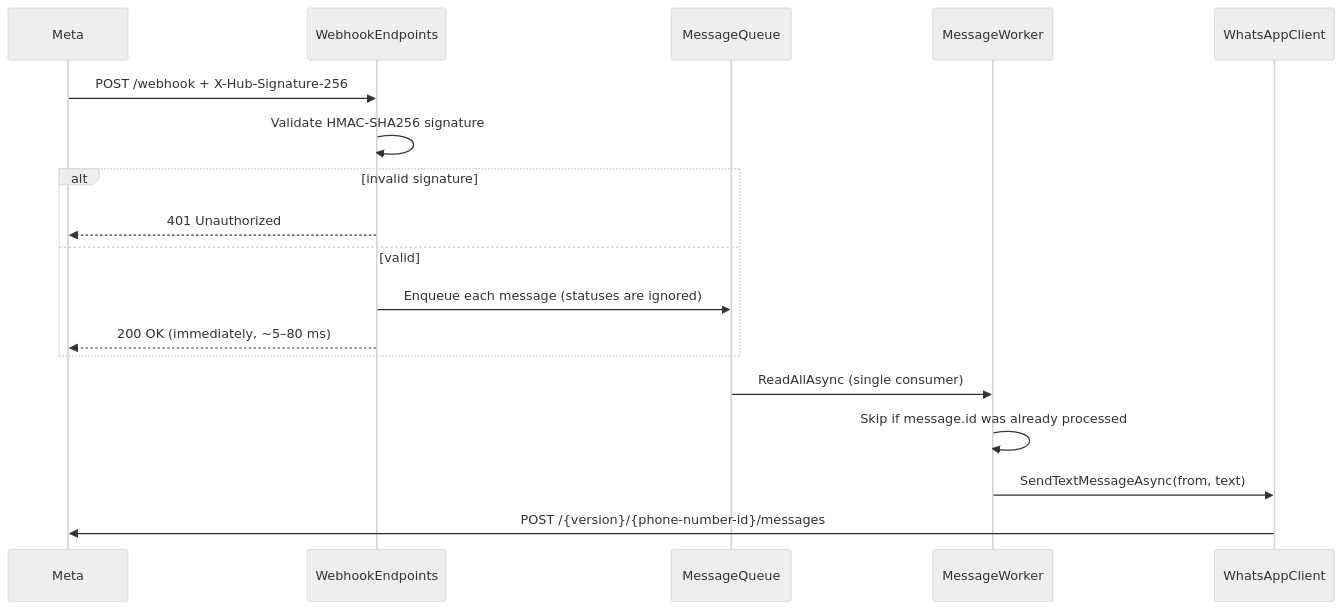
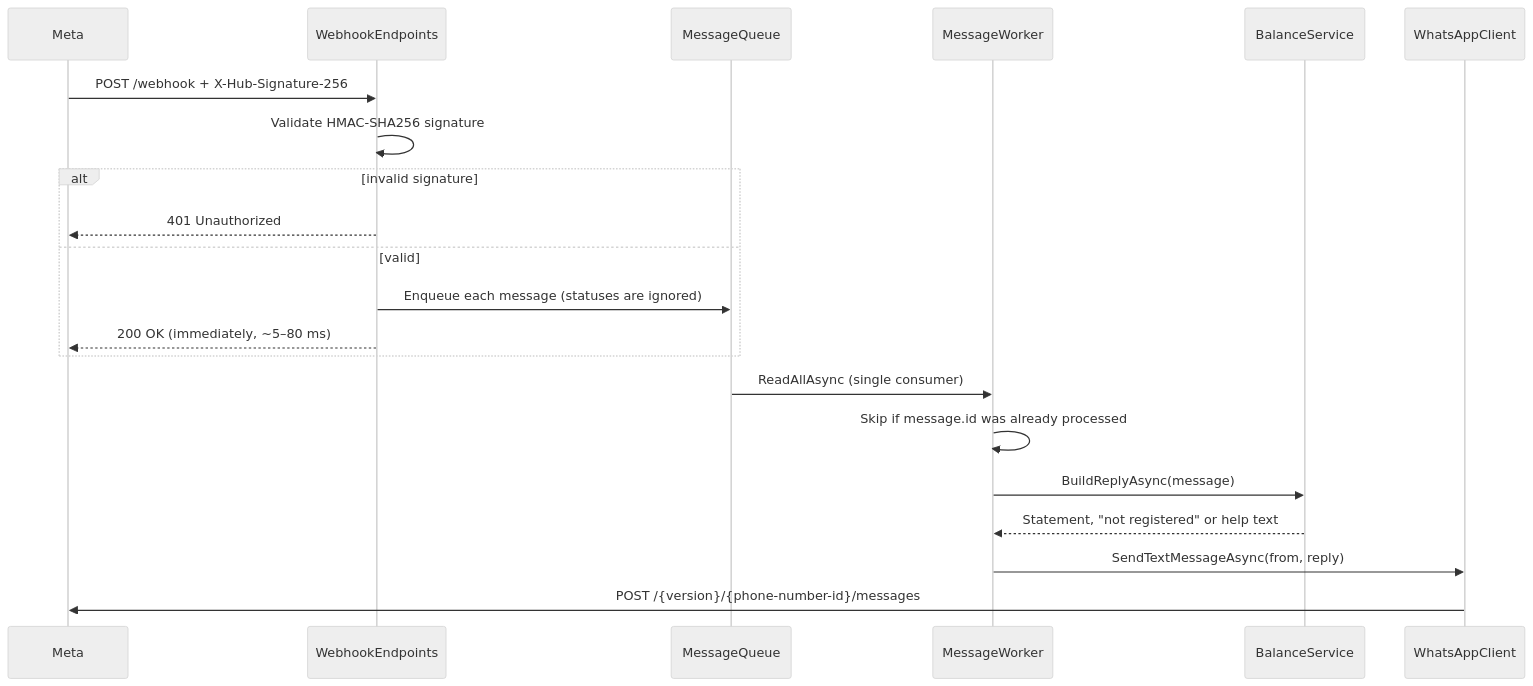
Before and after one commit to juancitowillyr46/academy-whatsapp-bot: the second of 2 diagrams in docs/architecture.md, drawn with Mermaid (neutral theme). The commit also changed other lines of this file and 17 other files, not shown here.

First line of the commit message:
Reply with the guardian's balance statement

````diff
--- a/docs/architecture.md
+++ b/docs/architecture.md
@@ -26,21 +29,24 @@
 ```mermaid
 sequenceDiagram
     participant M as Meta
     participant W as WebhookEndpoints
     participant Q as MessageQueue
     participant B as MessageWorker
+    participant S as BalanceService
     participant C as WhatsAppClient
 
     M->>W: POST /webhook + X-Hub-Signature-256
     W->>W: Validate HMAC-SHA256 signature
     alt invalid signature
         W-->>M: 401 Unauthorized
     else valid
         W->>Q: Enqueue each message (statuses are ignored)
         W-->>M: 200 OK (immediately, ~5–80 ms)
     end
     Q->>B: ReadAllAsync (single consumer)
     B->>B: Skip if message.id was already processed
-    B->>C: SendTextMessageAsync(from, text)
+    B->>S: BuildReplyAsync(message)
+    S-->>B: Statement, "not registered" or help text
+    B->>C: SendTextMessageAsync(from, reply)
     C->>M: POST /{version}/{phone-number-id}/messages
 ```
````
